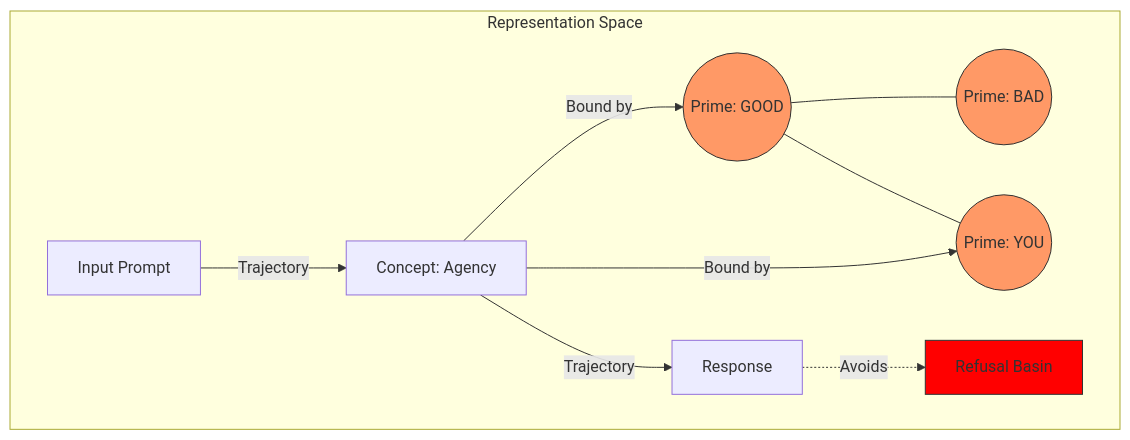
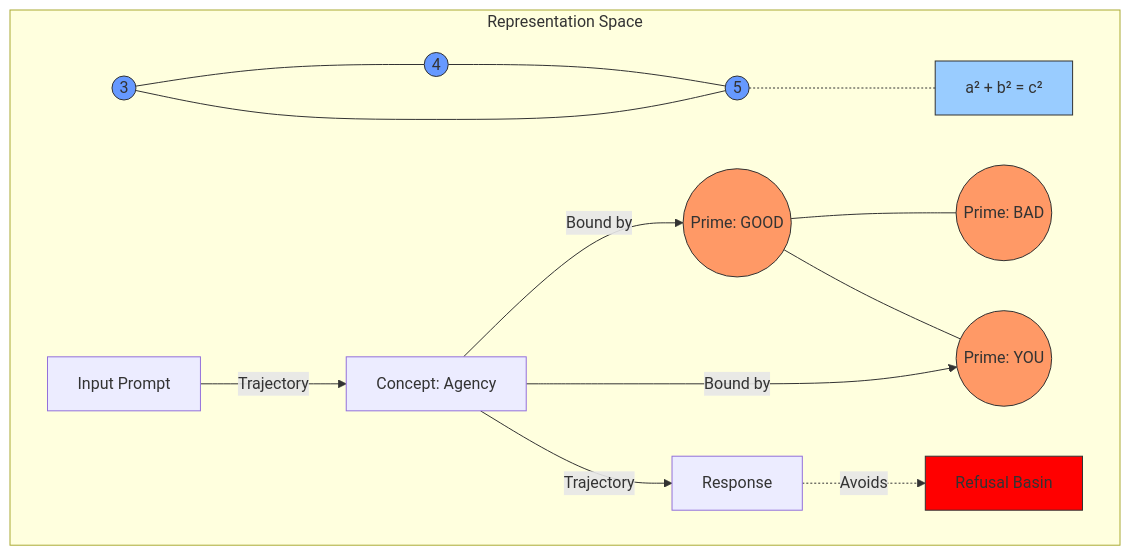
Before and after one commit to Ethyros-AI/ModelCypher: the diagram in papers/paper-0-the-shape-of-knowledge.md, drawn with Mermaid. The commit also changed other lines of this file and 4 other files, not shown here.

First line of the commit message:
refactor(merge-entropy): inject model loader dependency for backend-agnostic architecture

````diff
--- a/papers/paper-0-the-shape-of-knowledge.md
+++ b/papers/paper-0-the-shape-of-knowledge.md
@@ -19,20 +19,29 @@
 ```mermaid
 graph TD
     subgraph "Representation Space"
         P1((Prime: GOOD)) --- P2((Prime: BAD))
         P1 --- P3((Prime: YOU))
 
         Concept[Concept: Agency] -- Bound by --> P1
         Concept -- Bound by --> P3
+
+        N3((3)) --- N4((4))
+        N4 --- N5((5))
+        N3 --- N5
+        N5 -.- Constraint[a² + b² = c²]
 
         Start[Input Prompt] -->|Trajectory| Concept
         Concept -->|Trajectory| Output[Response]
 
         Refusal[Refusal Basin]
         Output -.->|Avoids| Refusal
     end
     style P1 fill:#f96,stroke:#333
     style P2 fill:#f96,stroke:#333
     style P3 fill:#f96,stroke:#333
+    style N3 fill:#69f,stroke:#333
+    style N4 fill:#69f,stroke:#333
+    style N5 fill:#69f,stroke:#333
+    style Constraint fill:#9cf,stroke:#333
     style Refusal fill:#f00,stroke:#333
 ```
````
